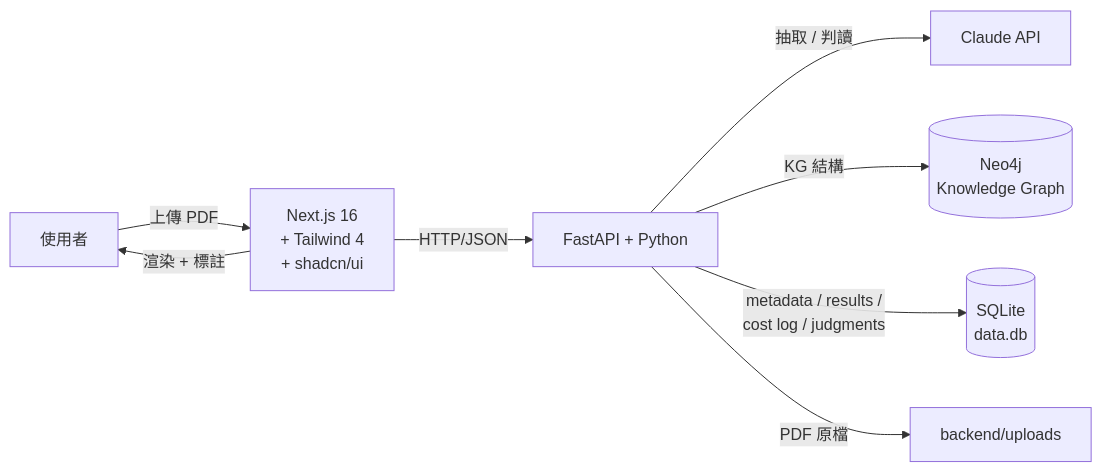
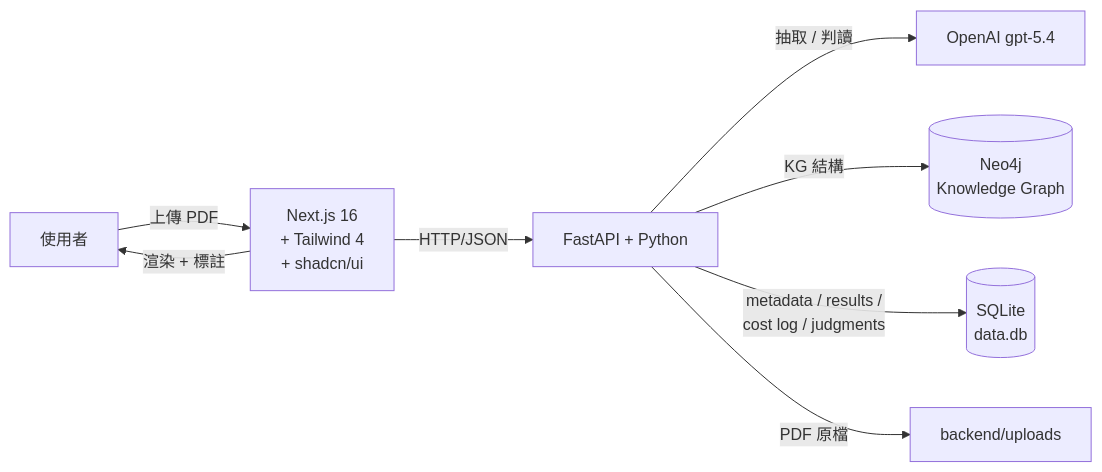
The first of 7 diagrams in docs/SYSTEM.md (Thomas85198/thesis_llm), drawn with Mermaid before and after one commit. The commit also changed other lines of this file and 7 other files, not shown here.

````diff
--- a/docs/SYSTEM.md
+++ b/docs/SYSTEM.md
@@ -60,10 +60,10 @@
 ```mermaid
 flowchart LR
     User[使用者] -->|上傳 PDF| Frontend
     Frontend[Next.js 16<br/>+ Tailwind 4<br/>+ shadcn/ui] -->|HTTP/JSON| Backend
-    Backend[FastAPI + Python] -->|抽取 / 判讀| Claude[Claude API]
+    Backend[FastAPI + Python] -->|抽取 / 判讀| LLM[OpenAI gpt-5.4]
     Backend -->|KG 結構| Neo4j[(Neo4j<br/>Knowledge Graph)]
     Backend -->|metadata / results /<br/>cost log / judgments| SQLite[(SQLite<br/>data.db)]
     Backend -->|PDF 原檔| Disk[backend/uploads]
     Frontend -->|渲染 + 標註| User
 ```
````
